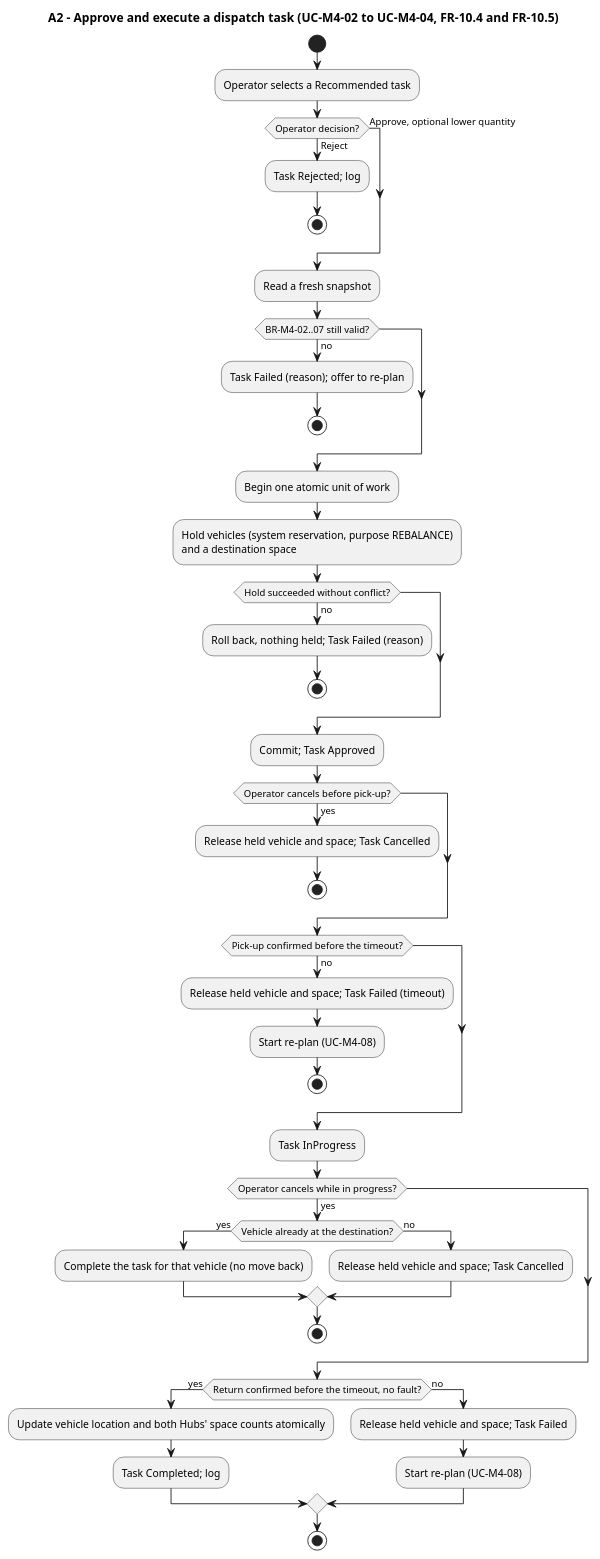
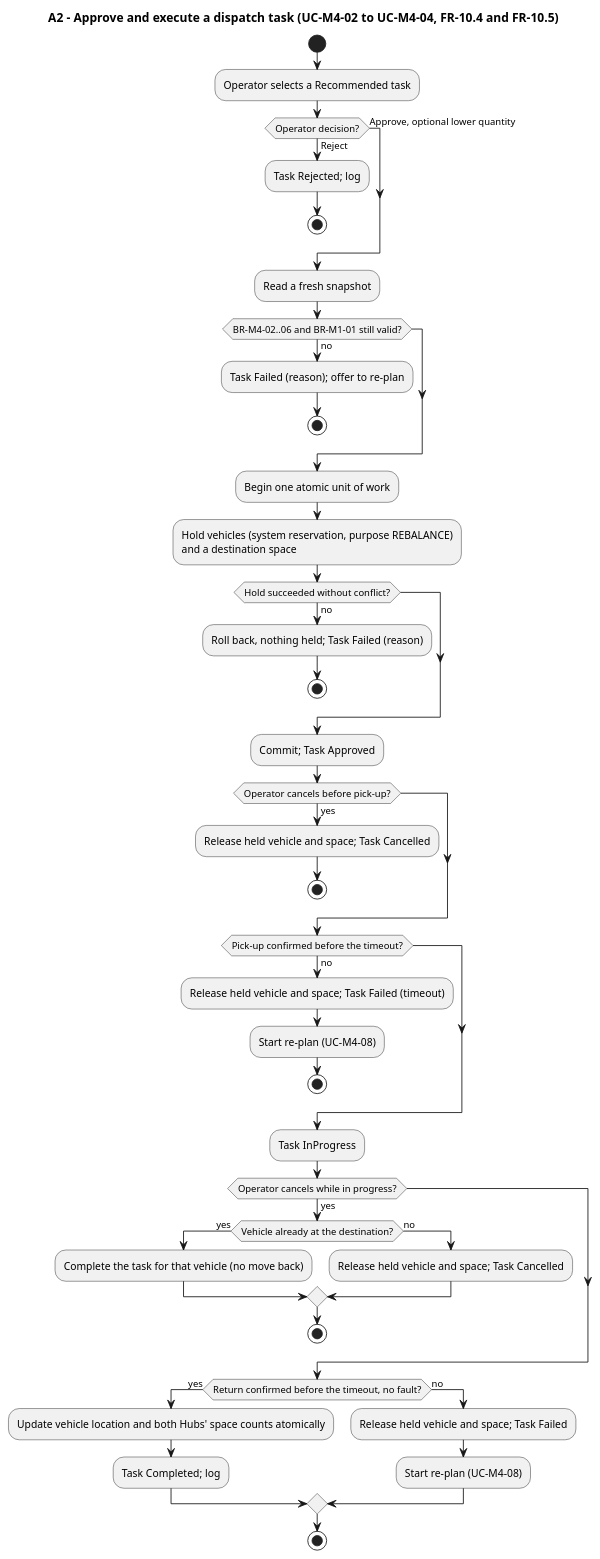
Before and after one commit to MabC06/smart-e-mobility-hub: the diagram in docs/design/behavioral/allocation-diagrams/a2-approve-execute.puml, drawn with PlantUML. The commit also changed 13 other files, not shown here.

```diff
--- a/docs/design/behavioral/allocation-diagrams/a2-approve-execute.puml
+++ b/docs/design/behavioral/allocation-diagrams/a2-approve-execute.puml
@@ -1,50 +1,50 @@
 @startuml
 title A2 - Approve and execute a dispatch task (UC-M4-02 to UC-M4-04, FR-10.4 and FR-10.5)
 skinparam shadowing false
 skinparam defaultFontName Arial
 start
 :Operator selects a Recommended task;
 if (Operator decision?) then (Reject)
   :Task Rejected; log;
   stop
 else (Approve, optional lower quantity)
 endif
 :Read a fresh snapshot;
-if (BR-M4-02..07 still valid?) then (no)
+if (BR-M4-02..06 and BR-M1-01 still valid?) then (no)
   :Task Failed (reason); offer to re-plan;
   stop
 endif
 :Begin one atomic unit of work;
 :Hold vehicles (system reservation, purpose REBALANCE)\nand a destination space;
 if (Hold succeeded without conflict?) then (no)
   :Roll back, nothing held; Task Failed (reason);
   stop
 endif
 :Commit; Task Approved;
 if (Operator cancels before pick-up?) then (yes)
   :Release held vehicle and space; Task Cancelled;
   stop
 endif
 if (Pick-up confirmed before the timeout?) then (no)
   :Release held vehicle and space; Task Failed (timeout);
   :Start re-plan (UC-M4-08);
   stop
 endif
 :Task InProgress;
 if (Operator cancels while in progress?) then (yes)
   if (Vehicle already at the destination?) then (yes)
     :Complete the task for that vehicle (no move back);
   else (no)
     :Release held vehicle and space; Task Cancelled;
   endif
   stop
 endif
 if (Return confirmed before the timeout, no fault?) then (yes)
   :Update vehicle location and both Hubs' space counts atomically;
   :Task Completed; log;
 else (no)
   :Release held vehicle and space; Task Failed;
   :Start re-plan (UC-M4-08);
 endif
 stop
 @enduml
```
